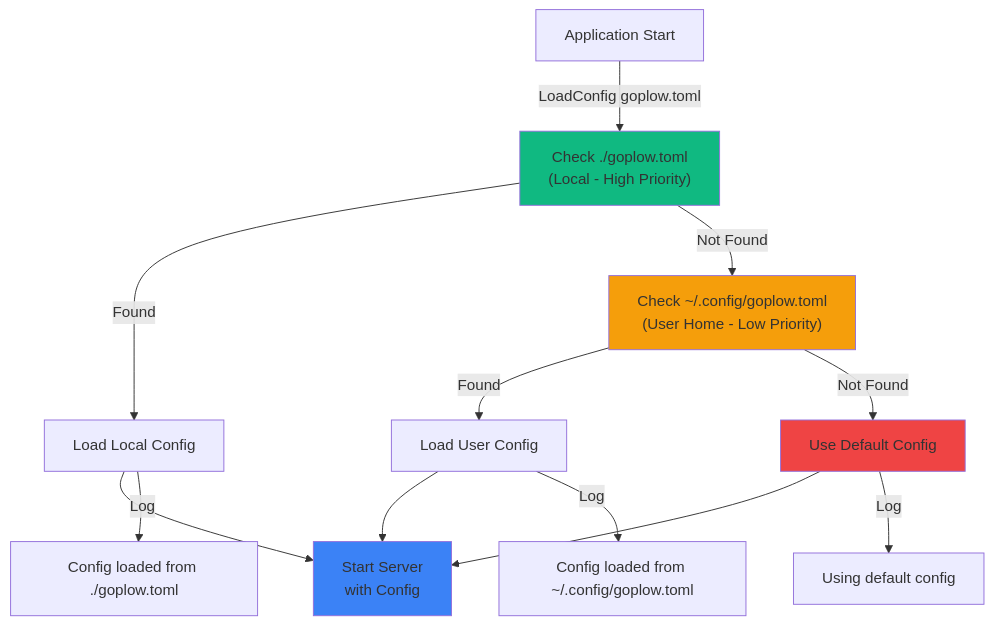
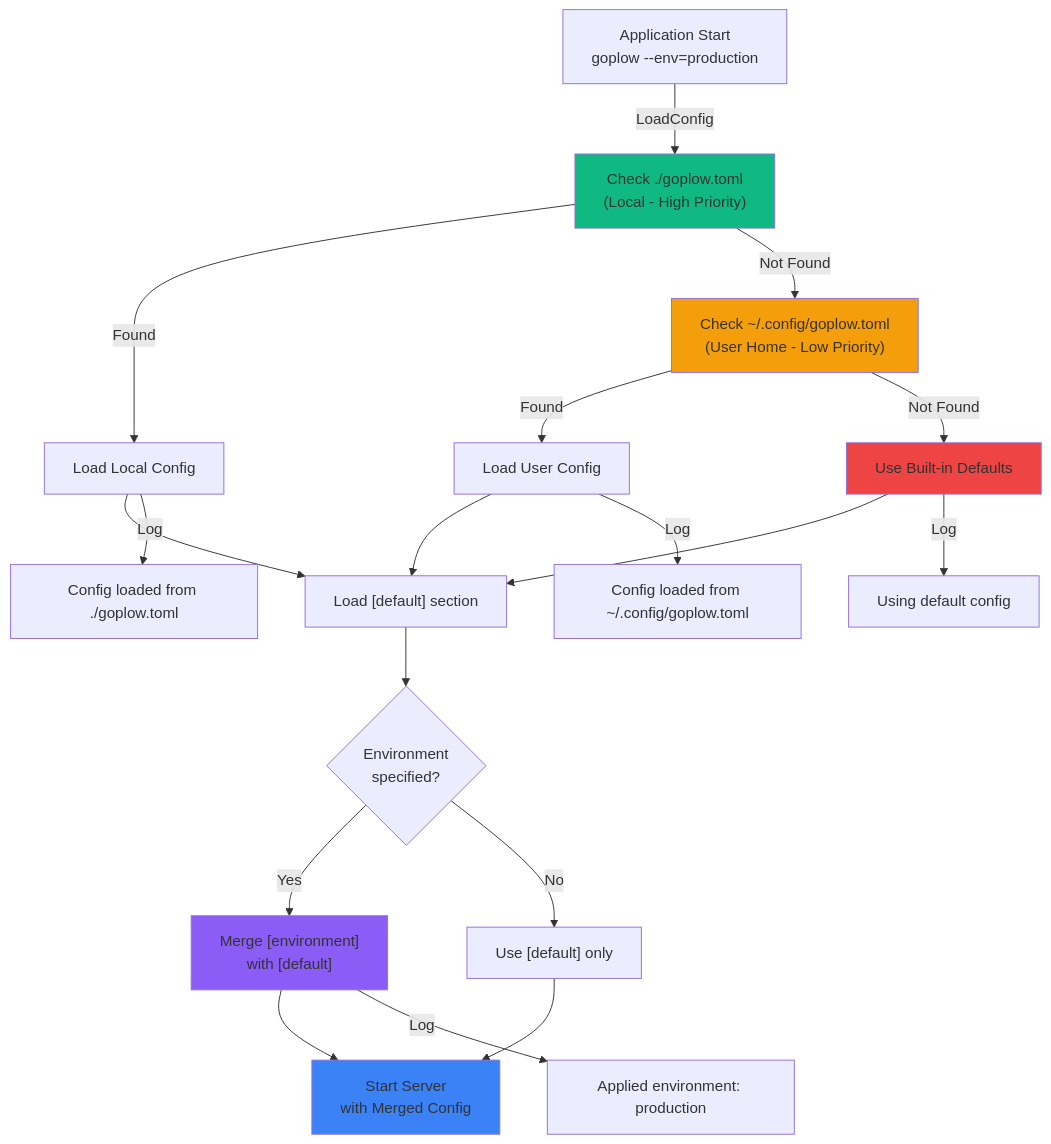
Before and after one commit to airburst/goplow: the seventh of 11 diagrams in ARCHITECTURE.md, drawn with Mermaid. The commit also changed other lines of this file and 6 other files, not shown here.

````diff
--- a/ARCHITECTURE.md
+++ b/ARCHITECTURE.md
@@ -274,24 +289,34 @@
 ```mermaid
 graph TD
-    App["Application Start"]
-    App -->|LoadConfig goplow.toml| Check1["Check ./goplow.toml<br/>(Local - High Priority)"]
+    App["Application Start<br/>goplow --env=production"]
+    App -->|LoadConfig| Check1["Check ./goplow.toml<br/>(Local - High Priority)"]
 
     Check1 -->|Found| Load1["Load Local Config"]
     Check1 -->|Not Found| Check2["Check ~/.config/goplow.toml<br/>(User Home - Low Priority)"]
 
     Check2 -->|Found| Load2["Load User Config"]
-    Check2 -->|Not Found| Load3["Use Default Config"]
+    Check2 -->|Not Found| Load3["Use Built-in Defaults"]
 
-    Load1 --> Start["Start Server<br/>with Config"]
-    Load2 --> Start
-    Load3 --> Start
+    Load1 --> LoadDefault["Load [default] section"]
+    Load2 --> LoadDefault
+    Load3 --> LoadDefault
+
+    LoadDefault --> CheckEnv{"Environment<br/>specified?"}
+
+    CheckEnv -->|Yes| MergeEnv["Merge [environment]<br/>with [default]"]
+    CheckEnv -->|No| UseDefault["Use [default] only"]
+
+    MergeEnv --> Start["Start Server<br/>with Merged Config"]
+    UseDefault --> Start
 
     Load1 -->|Log| Message1["Config loaded from ./goplow.toml"]
     Load2 -->|Log| Message2["Config loaded from ~/.config/goplow.toml"]
     Load3 -->|Log| Message3["Using default config"]
+    MergeEnv -->|Log| Message4["Applied environment: production"]
 
     style Check1 fill:#10b981
     style Check2 fill:#f59e0b
     style Load3 fill:#ef4444
     style Start fill:#3b82f6
+    style MergeEnv fill:#8b5cf6
 ```
````
